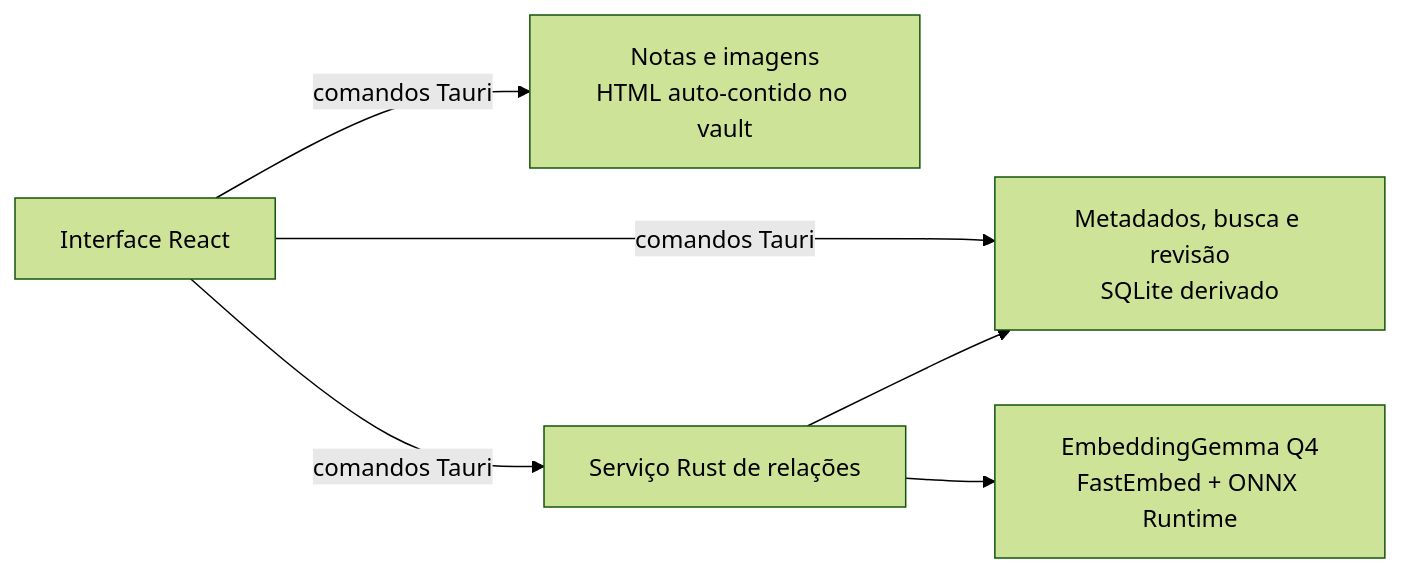
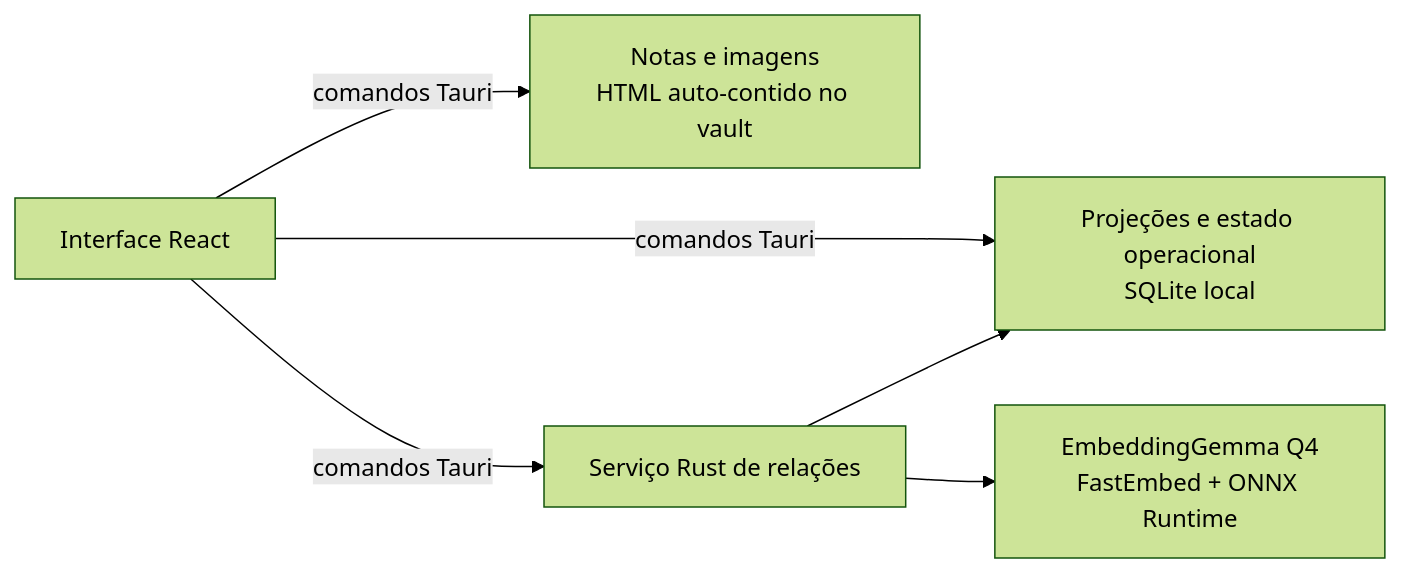
One commit to rafaelkenedy/hyperzettel changed the diagram in README.md. Above: the diagram before and after it, drawn with Mermaid (forest theme). The commit also changed other lines of this file and 9 other files, not shown here.

````diff
--- a/README.md
+++ b/README.md
@@ -70,8 +70,8 @@
 ```mermaid
 flowchart LR
     UI["Interface React"] -->|comandos Tauri| VAULT["Notas e imagens\nHTML auto-contido no vault"]
-    UI -->|comandos Tauri| INDEX["Metadados, busca e revisão\nSQLite derivado"]
+    UI -->|comandos Tauri| INDEX["Projeções e estado operacional\nSQLite local"]
     UI -->|comandos Tauri| SERVICE["Serviço Rust de relações"]
     SERVICE --> MODEL["EmbeddingGemma Q4\nFastEmbed + ONNX Runtime"]
     SERVICE --> INDEX
 ```
````
